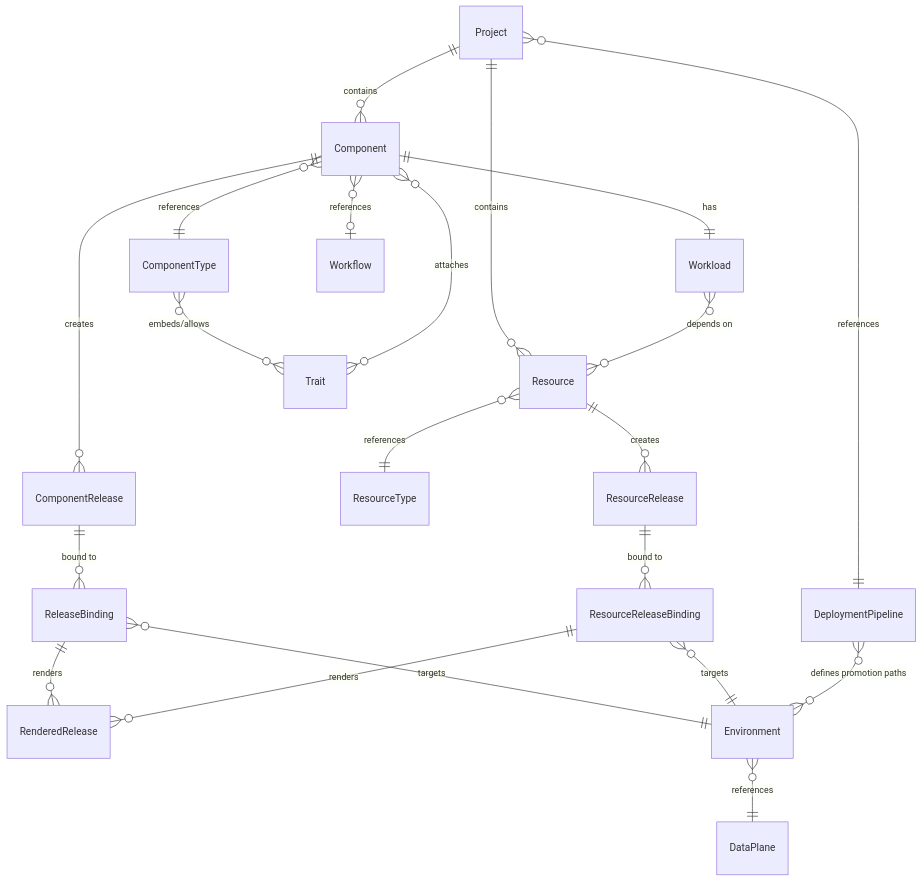
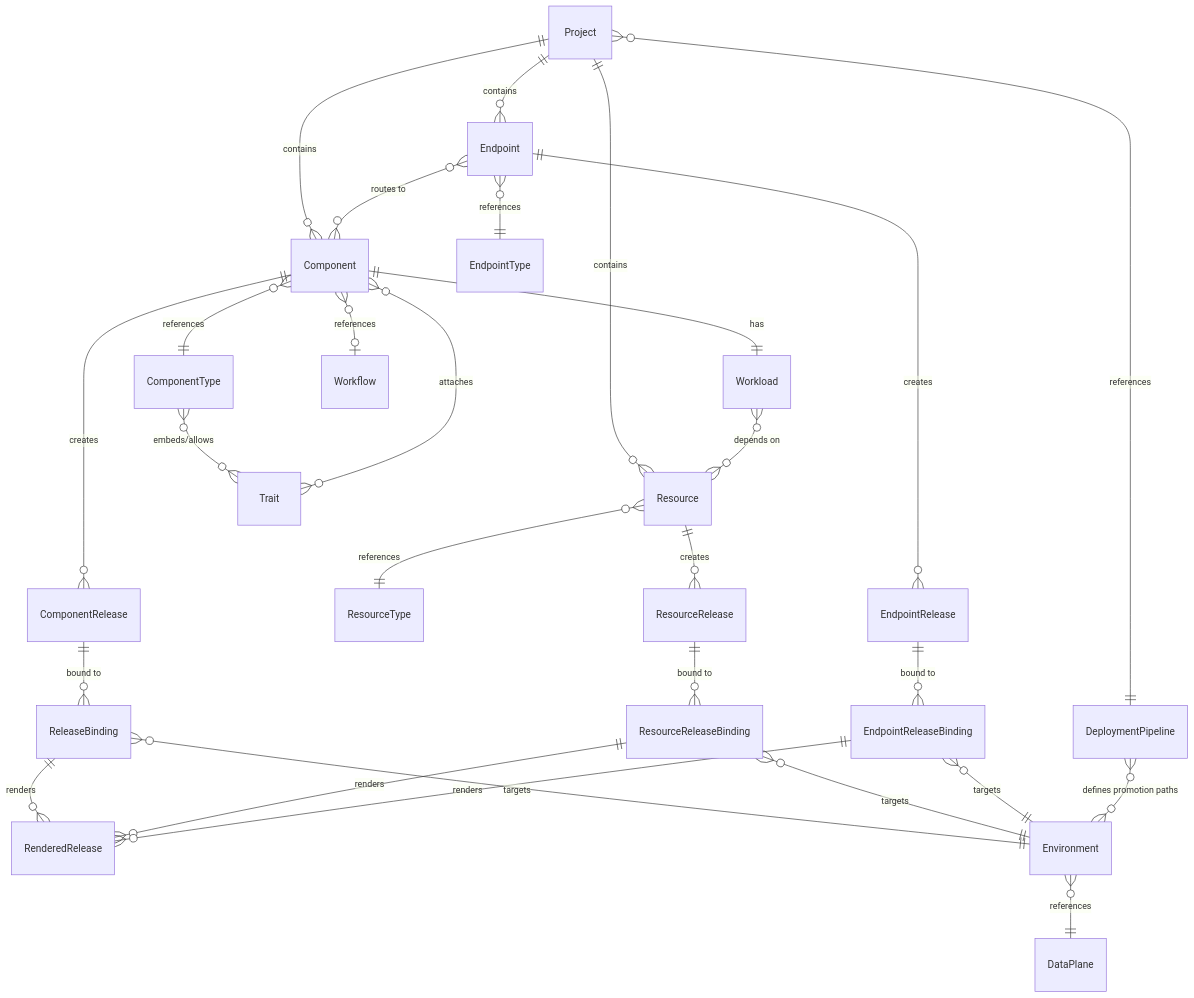
One commit to openchoreo/openchoreo changed the diagram in docs/resource-kind-reference-guide.md. Above: the diagram before and after it, drawn with Mermaid. The commit also changed other lines of this file and 37 other files, not shown here.

````diff
--- a/docs/resource-kind-reference-guide.md
+++ b/docs/resource-kind-reference-guide.md
@@ -60,23 +64,30 @@
 ```mermaid
 erDiagram
     Project ||--o{ Component : "contains"
     Project ||--o{ Resource : "contains"
     Component ||--|| Workload : "has"
     Component }o--|| ComponentType : "references"
     Component ||--o{ ComponentRelease : "creates"
     ComponentRelease ||--o{ ReleaseBinding : "bound to"
     ReleaseBinding ||--o{ RenderedRelease : "renders"
     ReleaseBinding }o--|| Environment : "targets"
     Resource }o--|| ResourceType : "references"
     Resource ||--o{ ResourceRelease : "creates"
     ResourceRelease ||--o{ ResourceReleaseBinding : "bound to"
     ResourceReleaseBinding ||--o{ RenderedRelease : "renders"
     ResourceReleaseBinding }o--|| Environment : "targets"
     Workload }o--o{ Resource : "depends on"
+    Project ||--o{ Endpoint : "contains"
+    Endpoint }o--|| EndpointType : "references"
+    Endpoint }o--o{ Component : "routes to"
+    Endpoint ||--o{ EndpointRelease : "creates"
+    EndpointRelease ||--o{ EndpointReleaseBinding : "bound to"
+    EndpointReleaseBinding ||--o{ RenderedRelease : "renders"
+    EndpointReleaseBinding }o--|| Environment : "targets"
     Environment }o--|| DataPlane : "references"
     Project }o--|| DeploymentPipeline : "references"
     DeploymentPipeline }o--o{ Environment : "defines promotion paths"
     ComponentType }o--o{ Trait : "embeds/allows"
     Component }o--o{ Trait : "attaches"
     Component }o--o| Workflow : "references"
 ```
````
